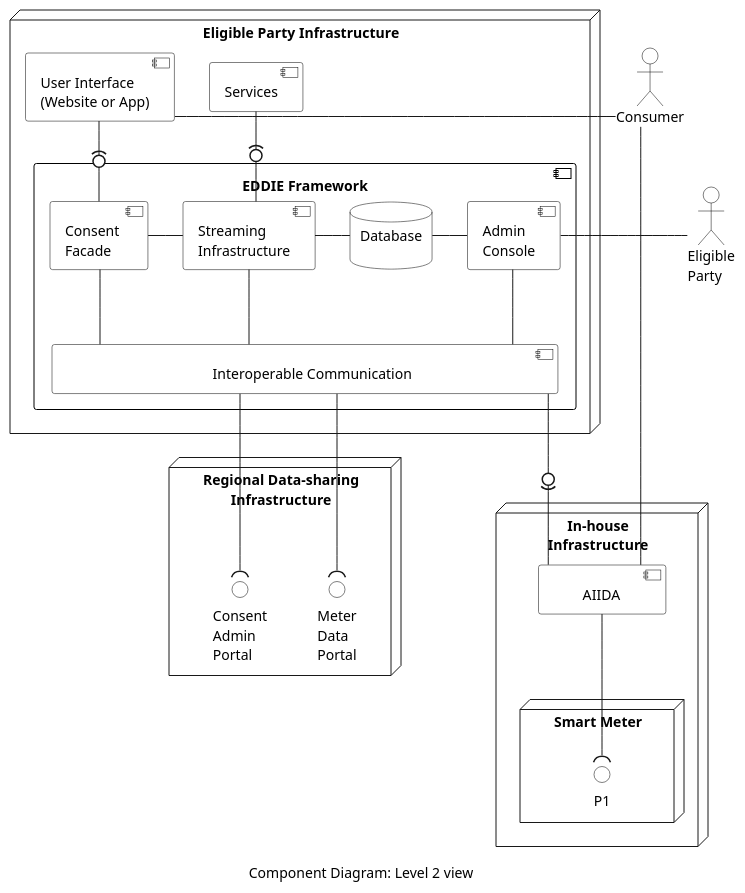
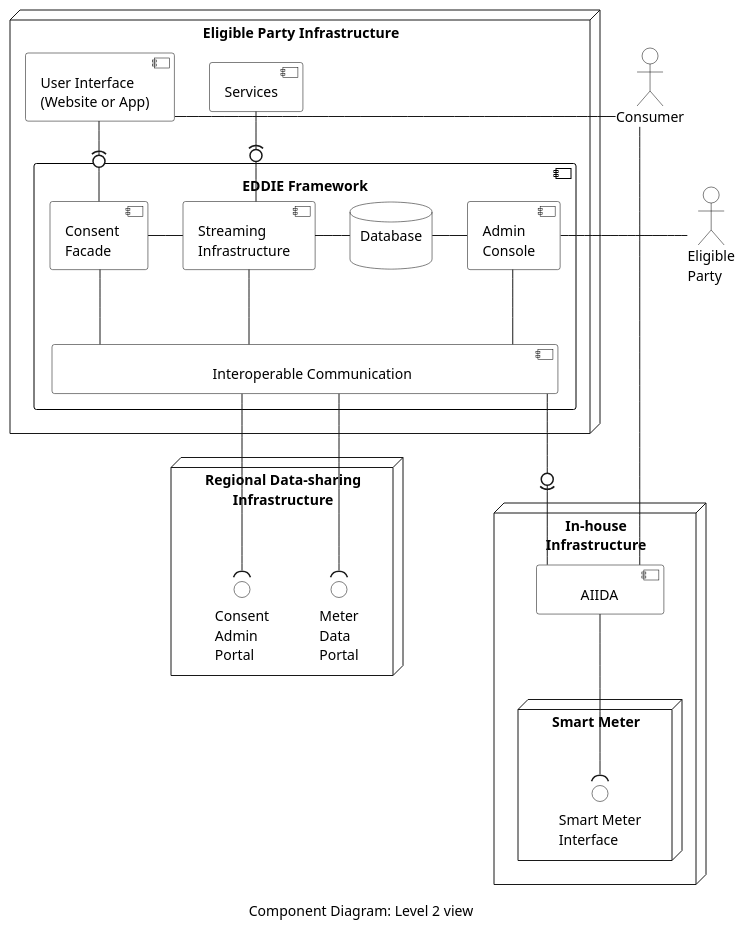
The diagram in arc42/05-building-block-view/figures/component-diagram-level-2.puml (eddie-energy/architecture), drawn with PlantUML before and after one commit. The commit also changed 12 other files, not shown here.

Commit message:
Rename p1 to smart meter interface

```diff
--- a/arc42/05-building-block-view/figures/component-diagram-level-2.puml
+++ b/arc42/05-building-block-view/figures/component-diagram-level-2.puml
@@ -1,78 +1,78 @@
 @startuml component-diagram-level-2
 'component diagram
 caption Component Diagram: Level 2 view
 
 skinparam linetype ortho
 skinparam interface {
   backgroundColor transparent
   borderColor black
 }
 skinparam component{
   BorderColor black
   BackgroundColor transparent
 }
 skinparam actor{
   BorderColor black
   BackgroundColor transparent
 }
 skinparam database{
   BorderColor black
   BackgroundColor transparent
 }
 skinparam rectangle{
   BorderColor transparent
   BackgroundColor transparent
   FontColor transparent
 }
 
 
 node "Eligible Party Infrastructure"  as epInfra{
   component "EDDIE Framework" {    
     component "Consent \nFacade" as consentFacade
     component "Streaming\nInfrastructure" as broker
     database "Database\n" as database
     component "Admin \nConsole" as adminConsole
     component "\t\t\t\t\tInteroperable Communication\t\t\t\t\t" as comm
   }
  
     component "User Interface \n(Website or App)" as ui
     component "Services" as services
   
 
   ui -down(0- consentFacade
   ui -[hidden]right- services
   consentFacade -right- broker
   consentFacade -down- comm
   broker -right- database
   broker -down- comm
   database -right-adminConsole
   broker -up0)- services
   adminConsole -down- comm
 
 }
 node "In-house\nInfrastructure" {
   component "\tAIIDA\t" as aiida
   node "Smart Meter" as meter {
-      interface "P1" as p1
+      interface "Smart Meter\nInterface" as p1
   }
   aiida -down-( p1 
 }
 
 node "Regional Data-sharing\nInfrastructure" as energyProvider {
   interface "Meter\nData\nPortal" as dataPortal
   interface "Consent\nAdmin\nPortal" as adminPortal
 }
 
 actor "Consumer" as consumer
 actor "Eligible\nParty" as admin
   admin -left- adminConsole
 
 consumer -down- aiida
 consumer - ui
 
 comm -down-( dataPortal
 comm -down-( adminPortal
 
 aiida -up(0- comm
 
 @enduml
```
